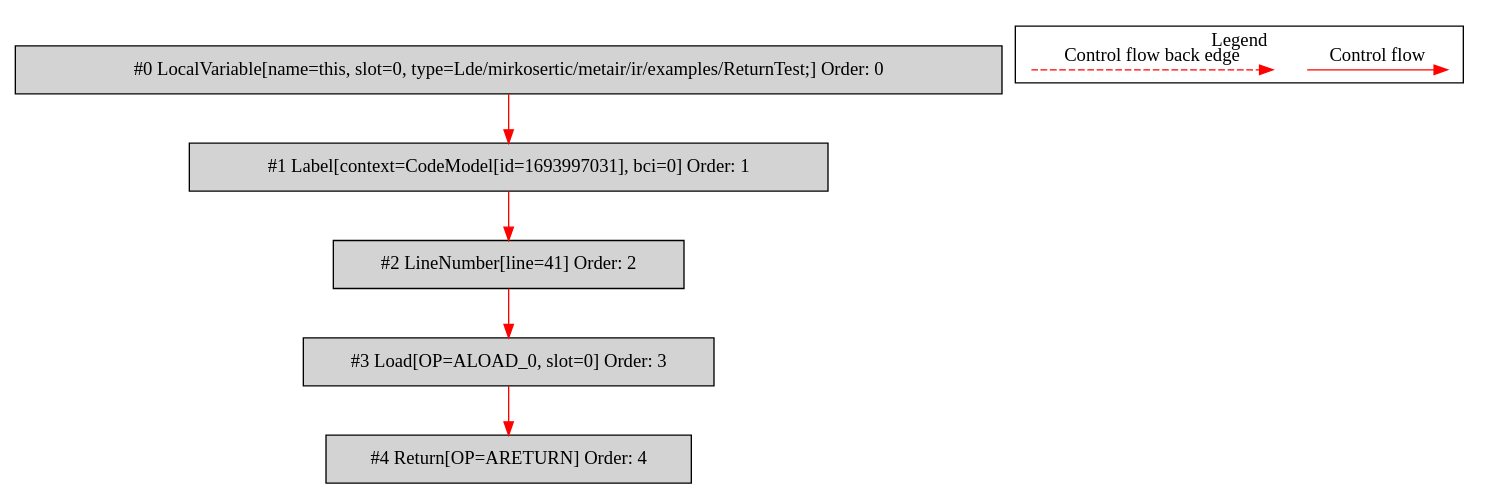
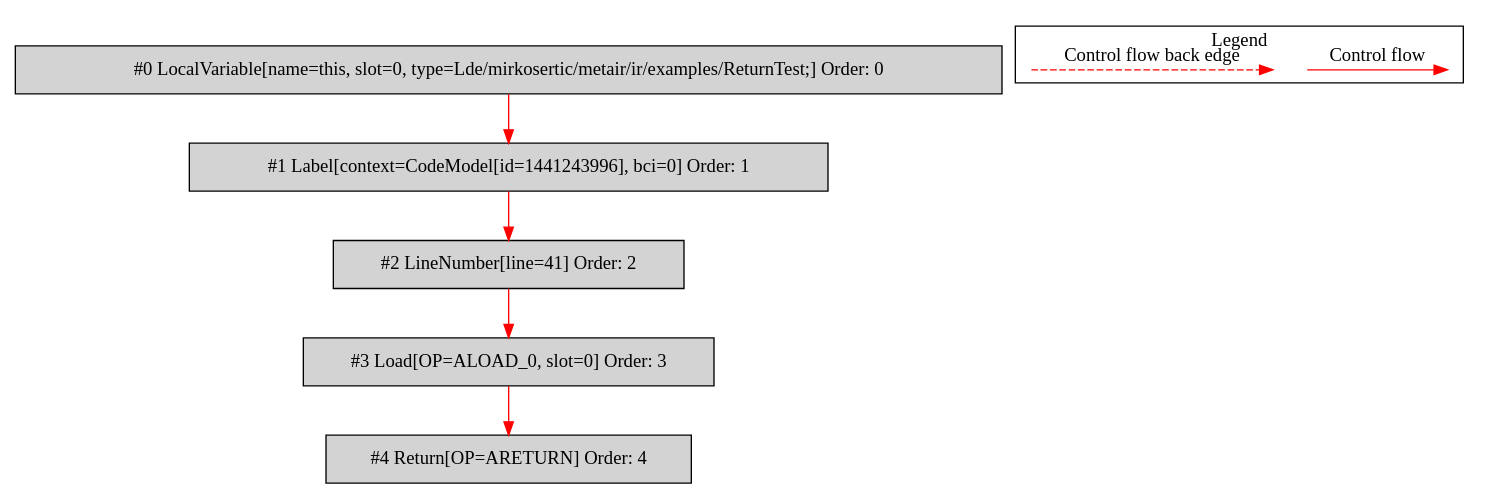
One commit to mirkosertic/MetaIR changed the diagram in de.mirkosertic.metair.ir.examples.ReturnTest/returnObject/bytecodecfg.dot. Above: the diagram before and after it, drawn with Graphviz. The commit also changed 779 other files, not shown here.

```diff
--- a/de.mirkosertic.metair.ir.examples.ReturnTest/returnObject/bytecodecfg.dot
+++ b/de.mirkosertic.metair.ir.examples.ReturnTest/returnObject/bytecodecfg.dot
@@ -1,25 +1,25 @@
 digraph {
  node0[label="#0 LocalVariable[name=this, slot=0, type=Lde/mirkosertic/metair/ir/examples/ReturnTest;] Order: 0", shape=box, fillcolor=lightgrey, style=filled];
- node1[label="#1 Label[context=CodeModel[id=1693997031], bci=0] Order: 1", shape=box, fillcolor=lightgrey, style=filled];
+ node1[label="#1 Label[context=CodeModel[id=1441243996], bci=0] Order: 1", shape=box, fillcolor=lightgrey, style=filled];
  node2[label="#2 LineNumber[line=41] Order: 2", shape=box, fillcolor=lightgrey, style=filled];
  node3[label="#3 Load[OP=ALOAD_0, slot=0] Order: 3", shape=box, fillcolor=lightgrey, style=filled];
  node4[label="#4 Return[OP=ARETURN] Order: 4", shape=box, fillcolor=lightgrey, style=filled];
  node0 -> node1[color=red];
  node1 -> node2[color=red];
  node2 -> node3[color=red];
  node3 -> node4[color=red];
  subgraph cluster_000 {
   label = "Legend";
   node [shape=point]
   {
    rank=same;
    c0 [style = invis];
    c1 [style = invis];
    c2 [style = invis];
    c3 [style = invis];
   }
   c0 -> c1 [label="Control flow", style=solid, color=red]
   c2 -> c3 [label="Control flow back edge", style=dashed, color=red]
  }
 
 }
```
